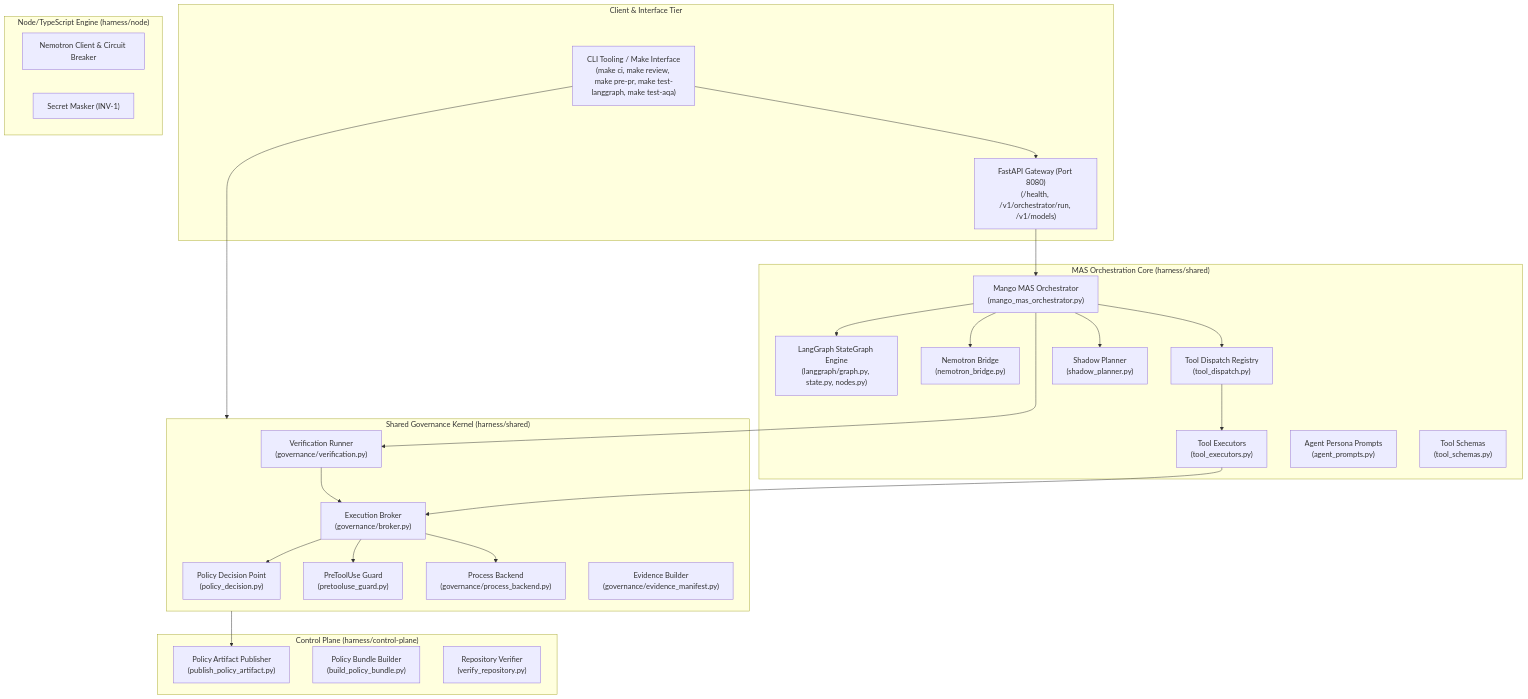
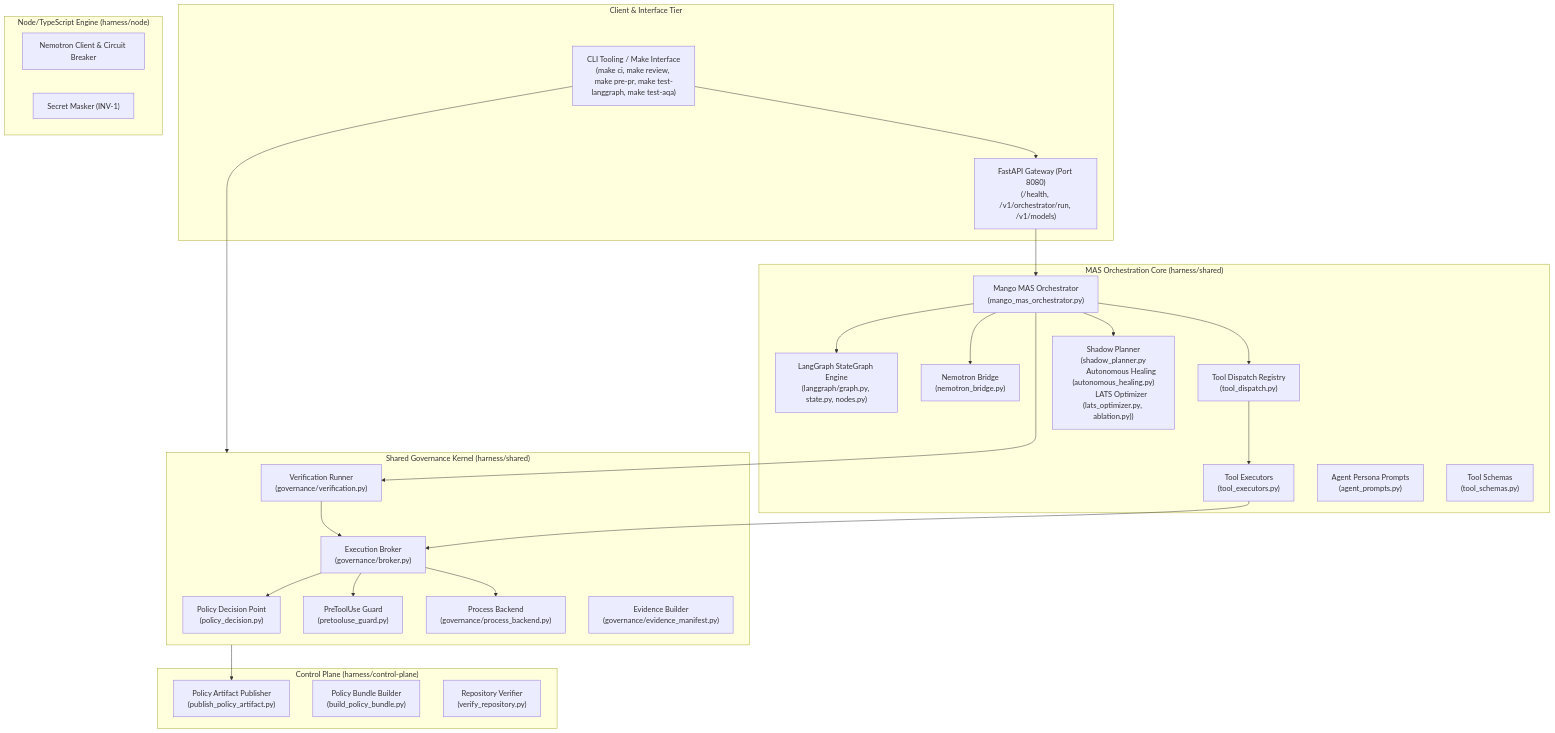
The second of 3 diagrams in docs/architecture/c4_architecture.md (ianshank/Mango_Code_Agent-Harness), drawn with Mermaid before and after one commit. The commit also changed 30 other files, not shown here.

First line of the commit message:
Implement LATS healing and LangGraph upgrades

````diff
--- a/docs/architecture/c4_architecture.md
+++ b/docs/architecture/c4_architecture.md
@@ -49,54 +49,54 @@
 ```mermaid
 graph TD
     subgraph Client_Plane ["Client & Interface Tier"]
         CLI["CLI Tooling / Make Interface<br/>(make ci, make review, make pre-pr, make test-langgraph, make test-aqa)"]
         APIServer["FastAPI Gateway (Port 8080)<br/>(/health, /v1/orchestrator/run, /v1/models)"]
     end
 
     subgraph Governance_Kernel ["Shared Governance Kernel (harness/shared)"]
         PDP["Policy Decision Point<br/>(policy_decision.py)"]
         PreToolGuard["PreToolUse Guard<br/>(pretooluse_guard.py)"]
         ExecBroker["Execution Broker<br/>(governance/broker.py)"]
         ProcBackend["Process Backend<br/>(governance/process_backend.py)"]
         VerifRunner["Verification Runner<br/>(governance/verification.py)"]
         AuditBuilder["Evidence Builder<br/>(governance/evidence_manifest.py)"]
     end
 
     subgraph Agentic_Orchestration ["MAS Orchestration Core (harness/shared)"]
         MAS["Mango MAS Orchestrator<br/>(mango_mas_orchestrator.py)"]
         LangGraph_Engine["LangGraph StateGraph Engine<br/>(langgraph/graph.py, state.py, nodes.py)"]
         Bridge["Nemotron Bridge<br/>(nemotron_bridge.py)"]
         Dispatch["Tool Dispatch Registry<br/>(tool_dispatch.py)"]
         Executors["Tool Executors<br/>(tool_executors.py)"]
         Prompts["Agent Persona Prompts<br/>(agent_prompts.py)"]
         Schemas["Tool Schemas<br/>(tool_schemas.py)"]
-        Shadow["Shadow Planner<br/>(shadow_planner.py)"]
+        Shadow["Shadow Planner<br/>(shadow_planner.py<br>        Autonomous Healing<br>(autonomous_healing.py)<br>        LATS Optimizer<br>(lats_optimizer.py, ablation.py))"]
     end
 
     subgraph Node_Stack ["Node/TypeScript Engine (harness/node)"]
         NodeClient["Nemotron Client & Circuit Breaker"]
         SecretMasker["Secret Masker (INV-1)"]
     end
 
     subgraph Control_Plane ["Control Plane (harness/control-plane)"]
         PolicyArtifact["Policy Artifact Publisher<br/>(publish_policy_artifact.py)"]
         BundleBuilder["Policy Bundle Builder<br/>(build_policy_bundle.py)"]
         RepoVerifier["Repository Verifier<br/>(verify_repository.py)"]
     end
 
     CLI --> APIServer
     CLI --> Governance_Kernel
     APIServer --> MAS
     MAS --> LangGraph_Engine
     MAS --> Bridge
     MAS --> Dispatch
     Dispatch --> Executors
     Executors --> ExecBroker
     ExecBroker --> PDP
     ExecBroker --> PreToolGuard
     ExecBroker --> ProcBackend
     MAS --> VerifRunner
     VerifRunner --> ExecBroker
     MAS --> Shadow
     Governance_Kernel --> PolicyArtifact
 ```
````
